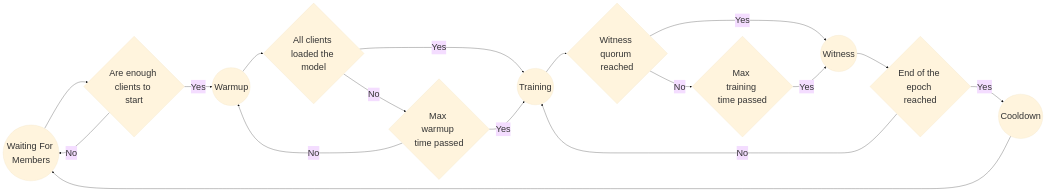
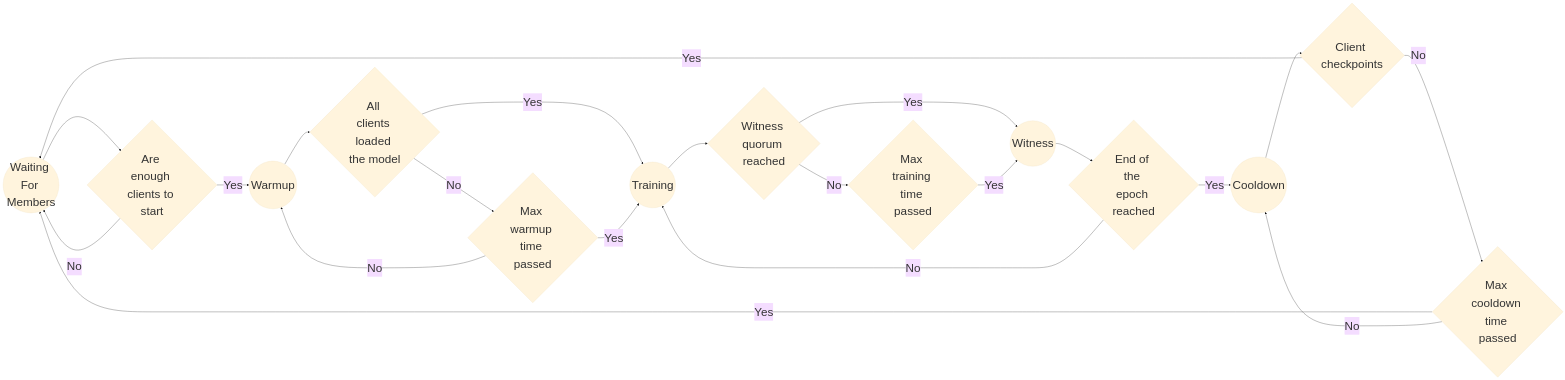
The third of 7 diagrams in psyche-book/src/explain/general-workflow.md (PsycheFoundation/psyche), drawn with Mermaid before and after one commit. The commit also changed other lines of this file and 56 other files, not shown here.

````diff
--- a/psyche-book/src/explain/general-workflow.md
+++ b/psyche-book/src/explain/general-workflow.md
@@ -108,32 +117,38 @@
 ```mermaid
-%%{init: {'theme':'base', 'themeVariables': { 'fontSize':'35px'}}}%%
+%%{init: {'theme':'base', 'themeVariables': { 'fontSize':'45px'}}}%%
 flowchart LR
     WFM((Waiting For Members))
     W((Warmup))
     T((Training))
     WI((Witness))
     CD((Cooldown))
     a{Are enough clients to start}
     b{All clients loaded the model}
     c{Max warmup time passed}
     d{Witness quorum reached}
     e{Max training time passed}
     f{End of the epoch reached}
+    g{Client checkpoints}
+    h{Max cooldown time passed}
 
     WFM --> a
     a -->|Yes| W
     a -->|No| WFM
     b -->|Yes| T
     b -->|No| c
     W --> b
     c -->|Yes| T
     c -->|No| W
     T --> d
     d -->|Yes| WI
     d -->|No| e
     e -->|Yes| WI
     WI --> f
     f -->|Yes| CD
     f -->|No| T
-    CD --> WFM
+    CD -->g
+    g -->|Yes| WFM
+    g -->|No|h
+    h -->|Yes| WFM
+    h -->|No| CD
 ```
````
